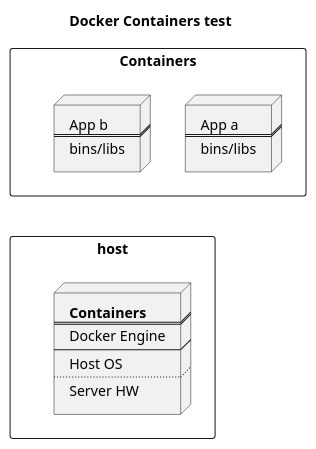
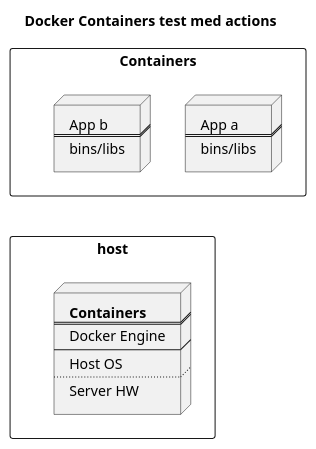
Before and after one commit to danskernesdigitalebibliotek/plantuml: the diagram in docs/test.puml, drawn with PlantUML.

```diff
--- a/docs/test.puml
+++ b/docs/test.puml
@@ -1,33 +1,33 @@
 @startuml
-Title Docker Containers test
+Title Docker Containers test med actions
 
 rectangle Containers {
     node mynodea [
         App a
         ====
         bins/libs
     ]
 
     node mynodeb [
         App b
         ====
         bins/libs
     ]
 }
 
 rectangle host {
 
     node mynodec [
         <b>Containers</b>
         ====
         Docker Engine
         ----
         Host OS
         ....
         Server HW
     ]
 }
 
 Containers -[hidden]- host
 
 @endtuml
```
